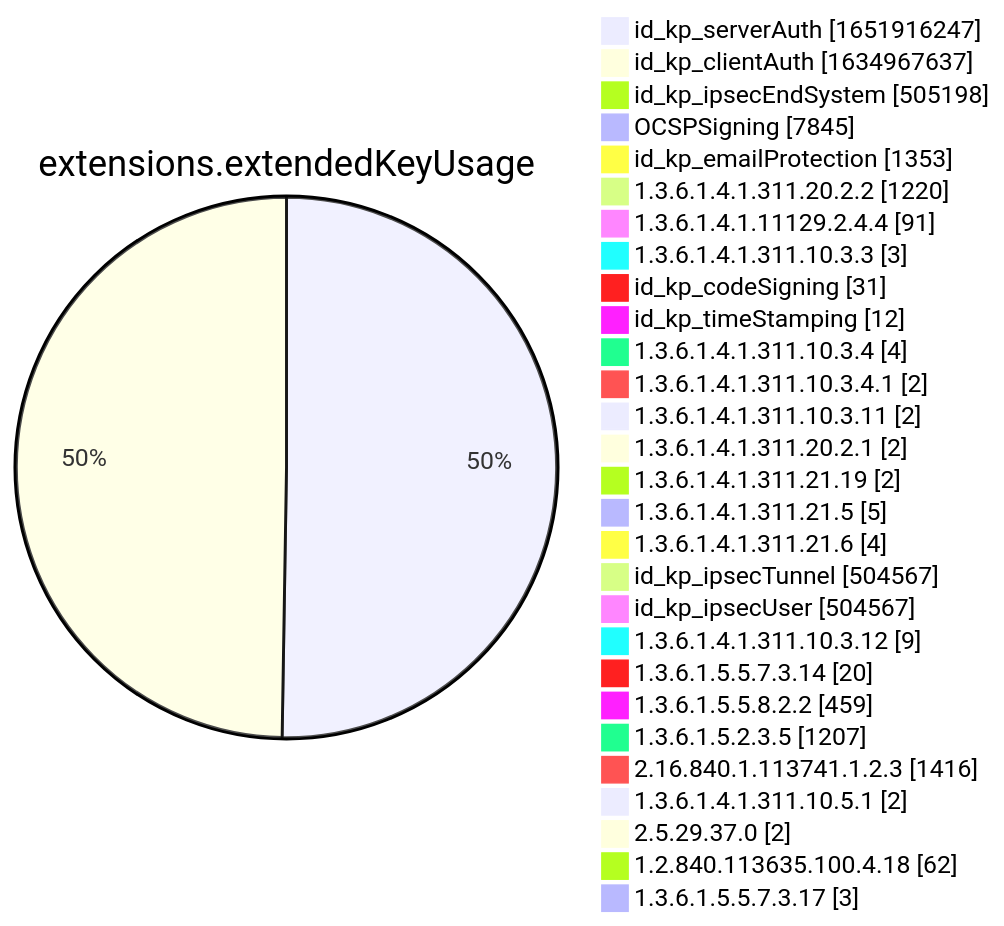
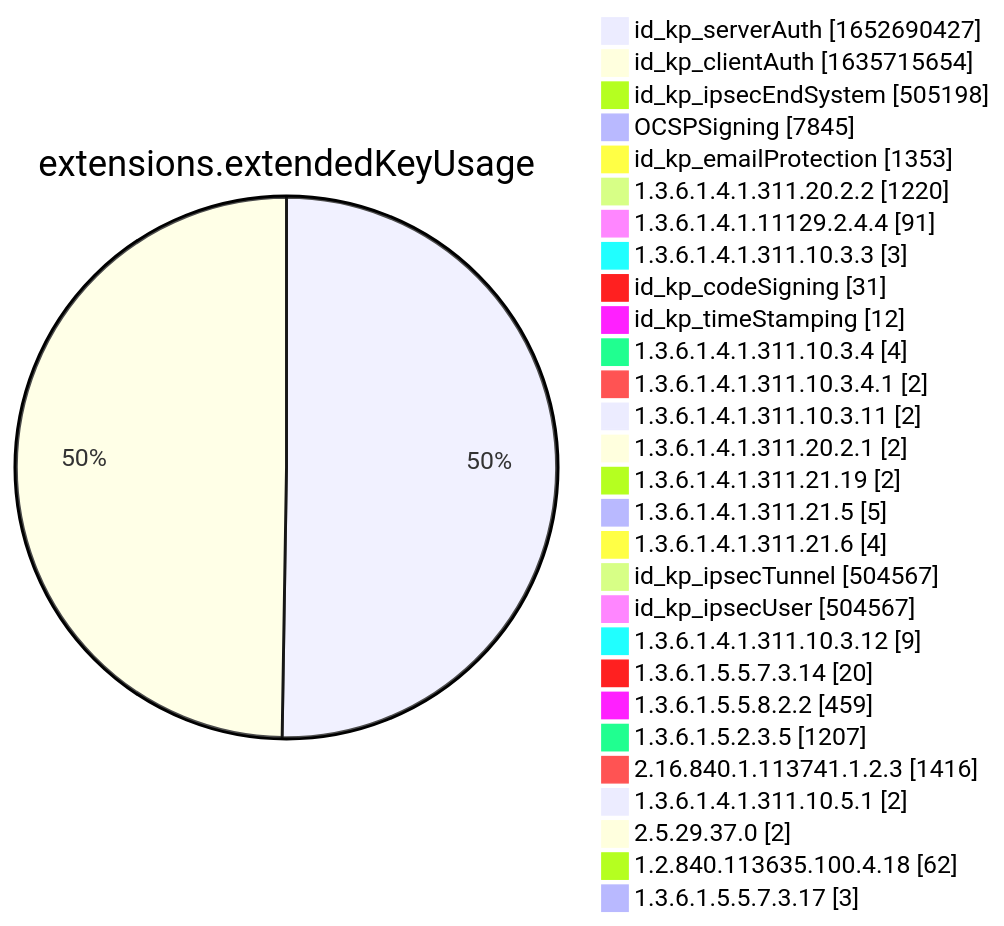
Before and after one commit to christiankrug/ctmonitor_visualization: diagram 12 of 15 in xenon2022/README.md, drawn with Mermaid. The commit also changed other lines of this file, not shown here.

````diff
--- a/xenon2022/README.md
+++ b/xenon2022/README.md
@@ -3886,32 +3886,32 @@
 ```mermaid
 pie showData
 title extensions.extendedKeyUsage
-"id_kp_serverAuth" :1651916247
-"id_kp_clientAuth" :1634967637
+"id_kp_serverAuth" :1652690427
+"id_kp_clientAuth" :1635715654
 "id_kp_ipsecEndSystem" :505198
 "OCSPSigning" :7845
 "id_kp_emailProtection" :1353
 "1.3.6.1.4.1.311.20.2.2" :1220
 "1.3.6.1.4.1.11129.2.4.4" :91
 "1.3.6.1.4.1.311.10.3.3" :3
 "id_kp_codeSigning" :31
 "id_kp_timeStamping" :12
 "1.3.6.1.4.1.311.10.3.4" :4
 "1.3.6.1.4.1.311.10.3.4.1" :2
 "1.3.6.1.4.1.311.10.3.11" :2
 "1.3.6.1.4.1.311.20.2.1" :2
 "1.3.6.1.4.1.311.21.19" :2
 "1.3.6.1.4.1.311.21.5" :5
 "1.3.6.1.4.1.311.21.6" :4
 "id_kp_ipsecTunnel" :504567
 "id_kp_ipsecUser" :504567
 "1.3.6.1.4.1.311.10.3.12" :9
 "1.3.6.1.5.5.7.3.14" :20
 "1.3.6.1.5.5.8.2.2" :459
 "1.3.6.1.5.2.3.5" :1207
 "2.16.840.1.113741.1.2.3" :1416
 "1.3.6.1.4.1.311.10.5.1" :2
 "2.5.29.37.0" :2
 "1.2.840.113635.100.4.18" :62
 "1.3.6.1.5.5.7.3.17" :3
 ```
````
